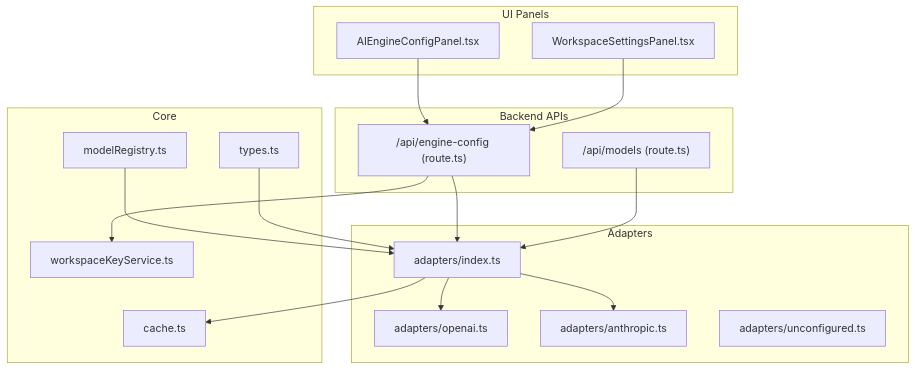
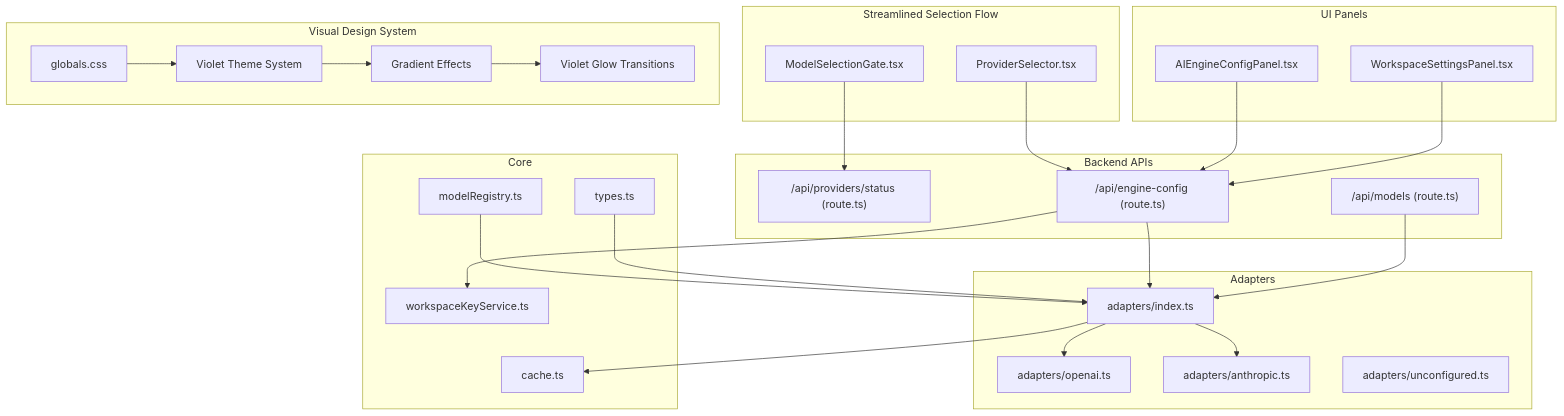
One commit to shekhargiri005-dotcom/AI-powered-accessibility-first-UI-engine changed the first of 12 diagrams in .qoder/repowiki/en/content/AI Generation Engine/Model Configuration & Selection/Model Configuration & Selection.md. Above: the diagram before and after it, drawn with Mermaid. The commit also changed other lines of this file and 10 other files, not shown here.

````diff
--- a/.qoder/repowiki/en/content/AI Generation Engine/Model Configuration & Selection/Model Configuration & Selection.md
+++ b/.qoder/repowiki/en/content/AI Generation Engine/Model Configuration & Selection/Model Configuration & Selection.md
@@ -48,33 +69,49 @@
 ```mermaid
 graph TB
+subgraph "Streamlined Selection Flow"
+MSG["ModelSelectionGate.tsx"]
+PS["ProviderSelector.tsx"]
+end
+subgraph "Backend APIs"
+PSAPI["/api/providers/status (route.ts)"]
+EC["/api/engine-config (route.ts)"]
+AM["/api/models (route.ts)"]
+end
 subgraph "UI Panels"
 AEC["AIEngineConfigPanel.tsx"]
 WSP["WorkspaceSettingsPanel.tsx"]
-end
-subgraph "Backend APIs"
-EC["/api/engine-config (route.ts)"]
-AM["/api/models (route.ts)"]
 end
 subgraph "Adapters"
 IDX["adapters/index.ts"]
 OA["adapters/openai.ts"]
 AA["adapters/anthropic.ts"]
 UA["adapters/unconfigured.ts"]
 end
 subgraph "Core"
 MR["modelRegistry.ts"]
 TY["types.ts"]
 WS["workspaceKeyService.ts"]
 CA["cache.ts"]
 end
+subgraph "Visual Design System"
+CSS["globals.css"]
+VIOLET["Violet Theme System"]
+GRADIENTS["Gradient Effects"]
+GLOW["Violet Glow Transitions"]
+end
+MSG --> PSAPI
+PS --> EC
 AEC --> EC
 WSP --> EC
 EC --> WS
 EC --> IDX
 AM --> IDX
 IDX --> OA
 IDX --> AA
 IDX --> CA
 MR --> IDX
 TY --> IDX
+CSS --> VIOLET
+VIOLET --> GRADIENTS
+GRADIENTS --> GLOW
 ```
````
